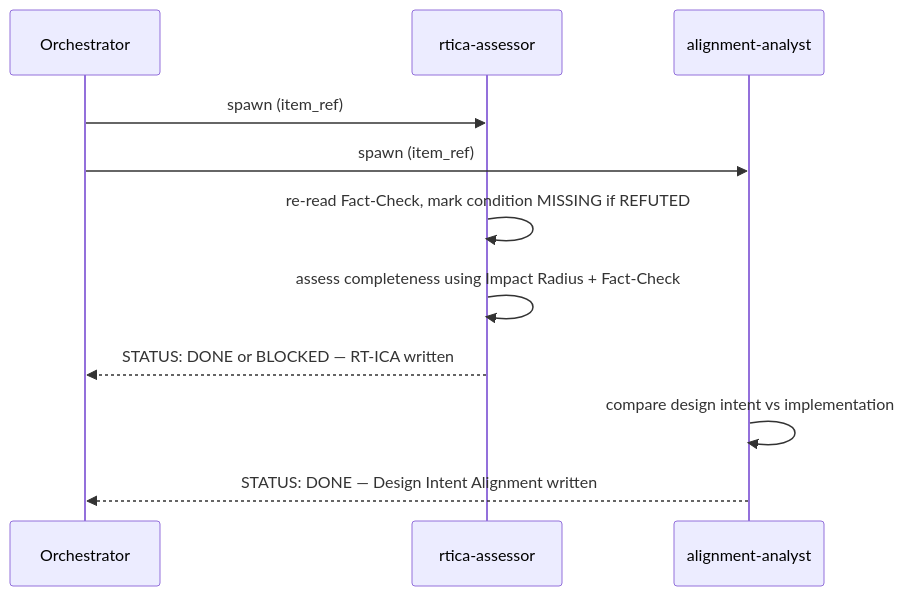
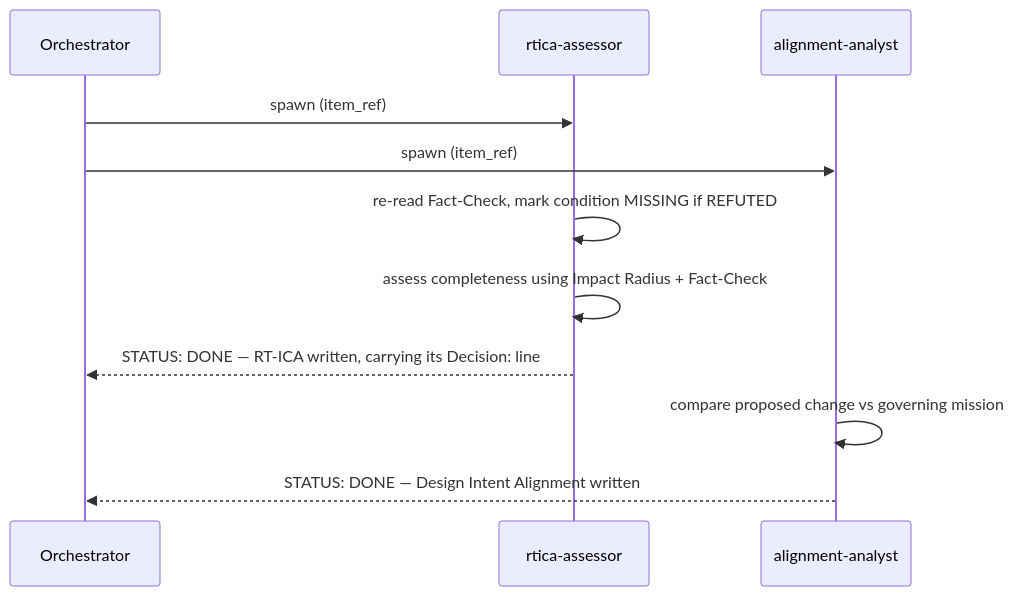
The second of 3 diagrams in plugins/development-harness/skills/work-backlog-item/references/workflows/groom/swarm.md (Jamie-BitFlight/claude_skills), drawn with Mermaid before and after one commit. The commit also changed other lines of this file and 358 other files, not shown here.

````diff
--- a/plugins/development-harness/skills/work-backlog-item/references/workflows/groom/swarm.md
+++ b/plugins/development-harness/skills/work-backlog-item/references/workflows/groom/swarm.md
@@ -97,16 +99,16 @@
 ```mermaid
 sequenceDiagram
     participant O as Orchestrator
     participant RT as rtica-assessor
     participant AA as alignment-analyst
 
     O->>RT: spawn (item_ref)
     O->>AA: spawn (item_ref)
 
     RT->>RT: re-read Fact-Check, mark condition MISSING if REFUTED
     RT->>RT: assess completeness using Impact Radius + Fact-Check
-    RT-->>O: STATUS: DONE or BLOCKED — RT-ICA written
+    RT-->>O: STATUS: DONE — RT-ICA written, carrying its Decision: line
 
-    AA->>AA: compare design intent vs implementation
+    AA->>AA: compare proposed change vs governing mission
     AA-->>O: STATUS: DONE — Design Intent Alignment written
 ```
````
